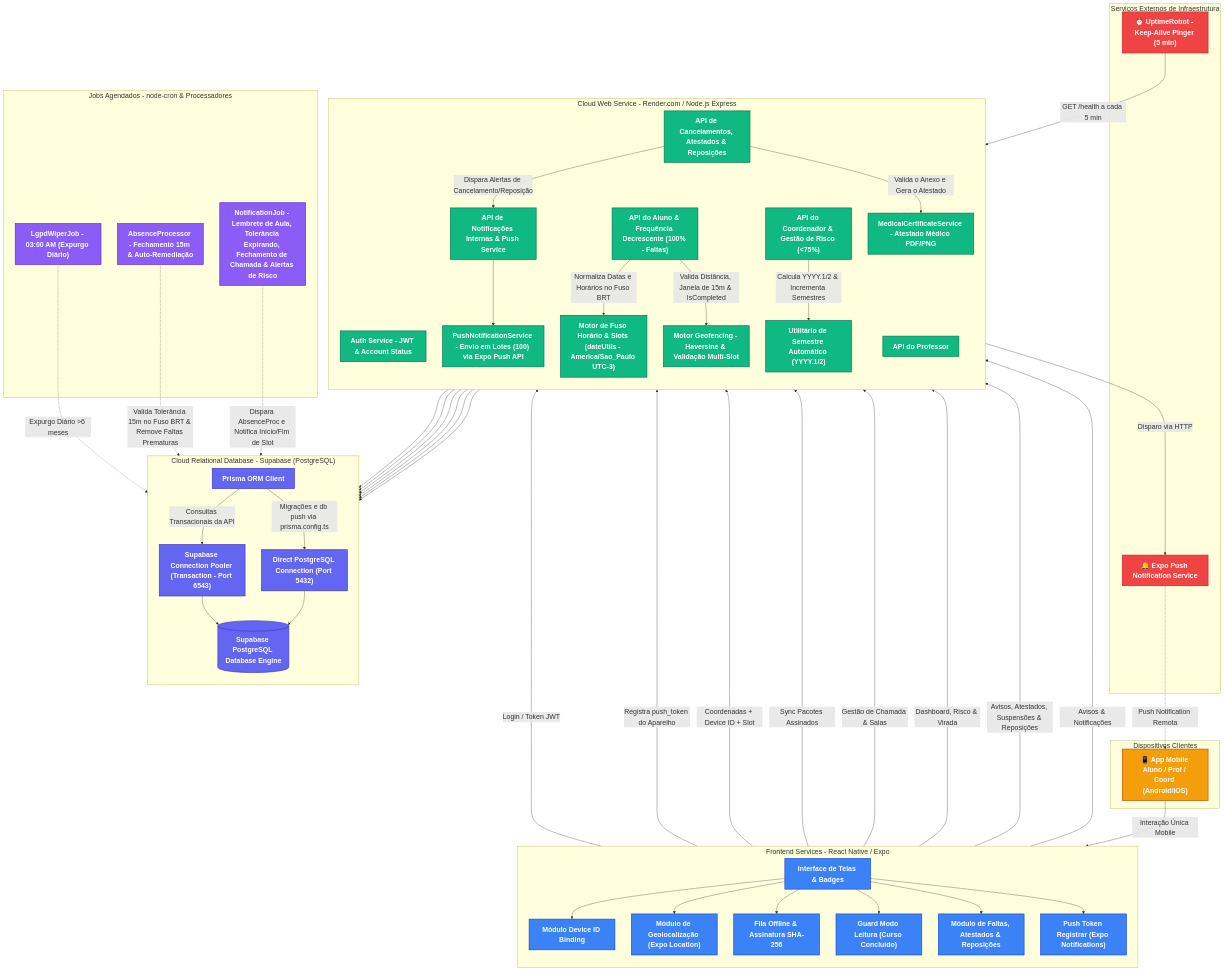
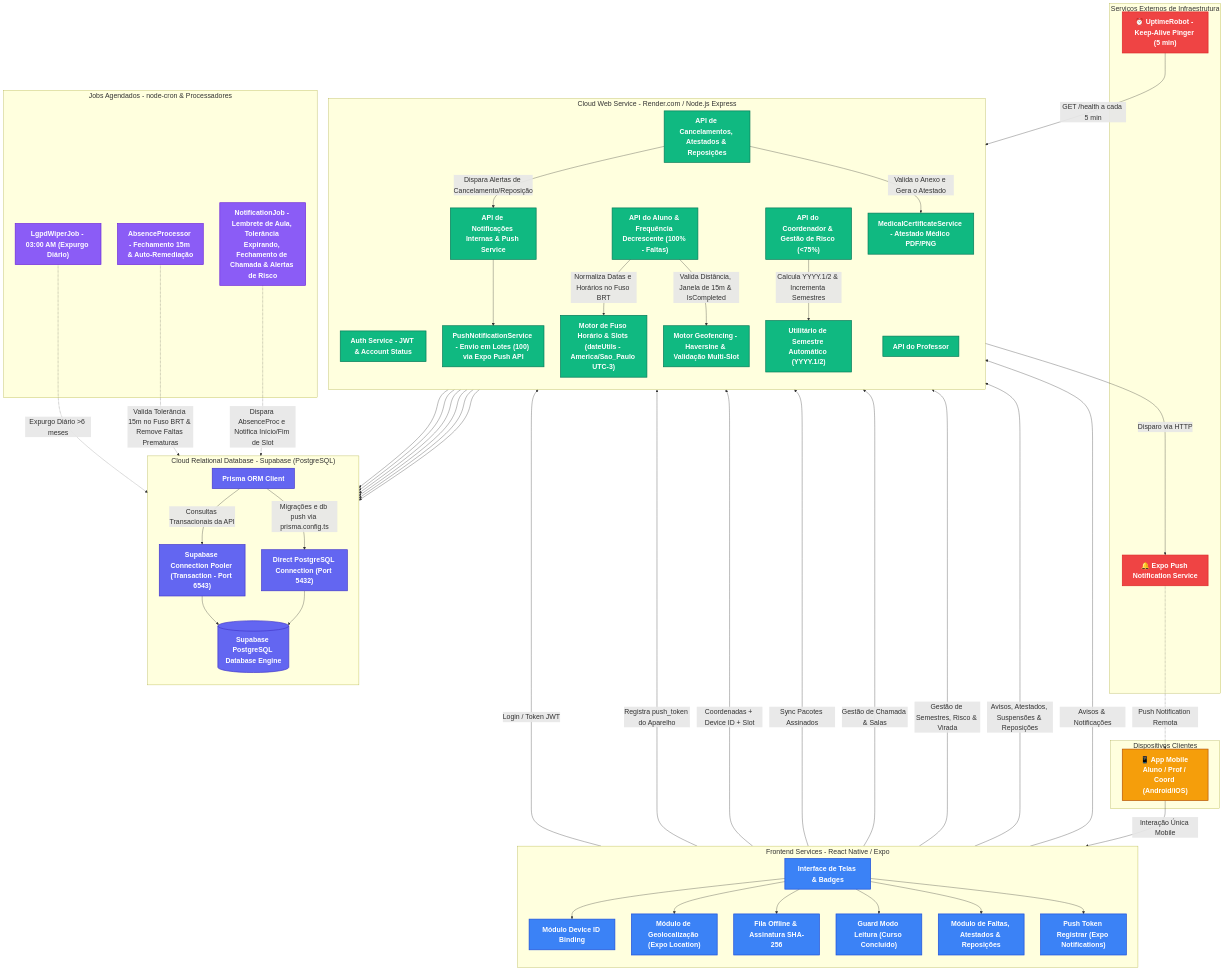
One commit to caneschi-lais/geoclass changed the first of 2 diagrams in documentacao/diagramas/arquitetura.md. Above: the diagram before and after it, drawn with Mermaid. The commit also changed other lines of this file and 34 other files, not shown here.

Commit message:
docs: add system architecture diagrams and generation script

```diff
--- a/documentacao/diagramas/arquitetura.md
+++ b/documentacao/diagramas/arquitetura.md
@@ -84,7 +84,7 @@
     GPS -->|Coordenadas + Device ID + Slot| StudentAPI
     OfflineQ -->|Sync Pacotes Assinados| StudentAPI
     UI -->|Gestão de Chamada & Salas| ProfAPI
-    UI -->|Dashboard, Risco & Virada| CoordAPI
+    UI -->|Gestão de Semestres, Risco & Virada| CoordAPI
     AbsenceModule -->|Avisos, Atestados, Suspensões & Reposições| CancellationAPI
     UI -->|Avisos & Notificações| NotifAPI
 
```
